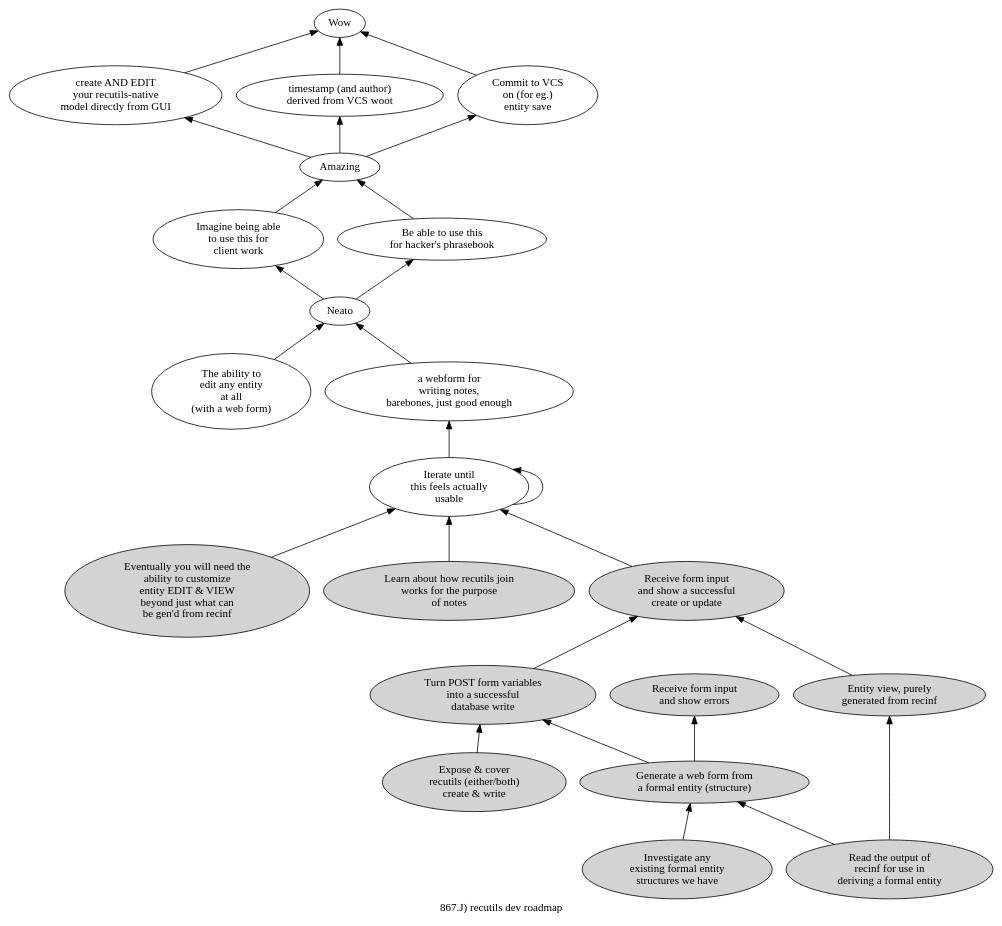
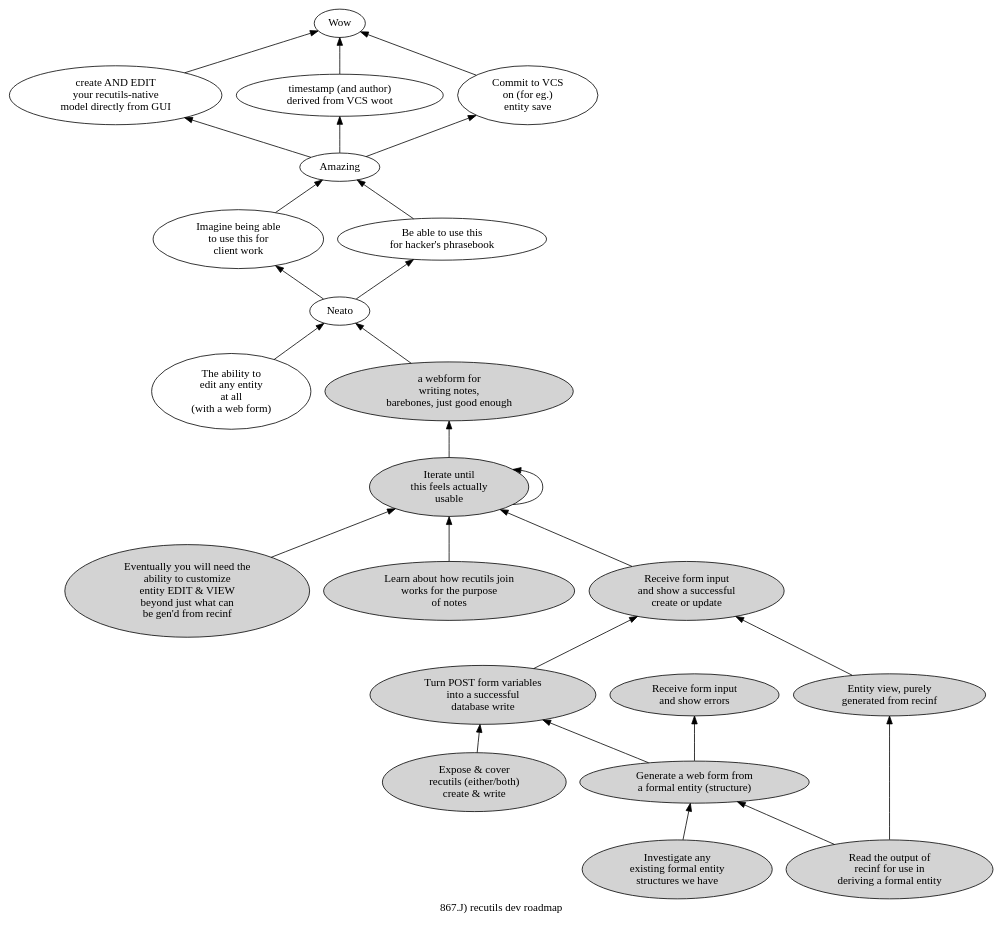
Before and after one commit to hipe/tmx: the diagram in app-flow-doc/891.5.towards-a-recutils-dev-roadmap.dot, drawn with Graphviz. The commit also changed 8 other files, not shown here.

First line of the commit message:
refactor(app-flow): (2 of 2) Refactor ball-of-code form processing ((1757))

```diff
--- a/app-flow-doc/891.5.towards-a-recutils-dev-roadmap.dot
+++ b/app-flow-doc/891.5.towards-a-recutils-dev-roadmap.dot
@@ -1,56 +1,56 @@
 digraph g {
 label="867.J) recutils dev roadmap"
 rankdir=BT  /* Make the thing everything points to be at the top */
 DONE0200[label="Wow"]
 MODELLER->DONE0200
 VCS->DONE0200
 VCSWRITE->DONE0200
 DONE0100[label="Amazing"]
 CW->DONE0100
 HPB->DONE0100
 CW[label="Imagine being able\nto use this for\nclient work"]
 DONE0050->CW
 HPB[label="Be able to use this\nfor hacker's phrasebook"]
 DONE0050->HPB
 DONE0050[label="Neato"]
 EAEAA->DONE0050
 JOINNOTES->DONE0050
-ITERUSE[label="Iterate until\nthis feels actually\nusable"]
+ITERUSE[label="Iterate until\nthis feels actually\nusable" style=filled]
 CUSTOM->ITERUSE
 ITERUSE->ITERUSE
 JOIN->ITERUSE
 RFIOK->ITERUSE
 EAEAA[label="The ability to\nedit any entity\nat all\n(with a web form)"]
 CREATEOK[label="Turn POST form variables\ninto a successful\ndatabase write" style=filled]
 EXPOSEW->CREATEOK
 GWFFFE->CREATEOK
 EXPOSEW[label="Expose & cover\nrecutils (either/both)\ncreate & write" style=filled]
 GWFFFE[label="Generate a web form from\na formal entity (structure)" style=filled]
 EFORM->GWFFFE
 RRI->GWFFFE
 RFISE[label="Receive form input\nand show errors" style=filled]
 GWFFFE->RFISE
 RFIOK[label="Receive form input\nand show a successful\ncreate or update" style=filled]
 CREATEOK->RFIOK
 VIEW->RFIOK
 RRI[label="Read the output of\nrecinf for use in\nderiving a formal entity" style=filled]
-JOINNOTES[label="a webform for\nwriting notes,\nbarebones, just good enough"]
+JOINNOTES[label="a webform for\nwriting notes,\nbarebones, just good enough" style=filled]
 ITERUSE->JOINNOTES
 JOIN[label="Learn about how recutils join\nworks for the purpose\nof notes" style=filled]
 VCS[label="timestamp (and author)\nderived from VCS woot"]
 DONE0100->VCS
 VCSWRITE[label="Commit to VCS\non (for eg.)\nentity save"]
 DONE0100->VCSWRITE
 CUSTOM[label="Eventually you will need the\nability to customize
 entity EDIT & VIEW\nbeyond just what can\nbe gen'd from recinf" style=filled]
 VIEW[label="Entity view, purely\ngenerated from recinf" style=filled]
 RRI->VIEW
 MODELLER[label="create AND EDIT\nyour recutils-native\nmodel directly from GUI"]
 DONE0100->MODELLER
 EFORM[label="Investigate any\nexisting formal entity\nstructures we have" style=filled]
 }
 
 /*
 #history-C.1 Create a rough draft of dependencies from initial nodes
 #born
 */
```
